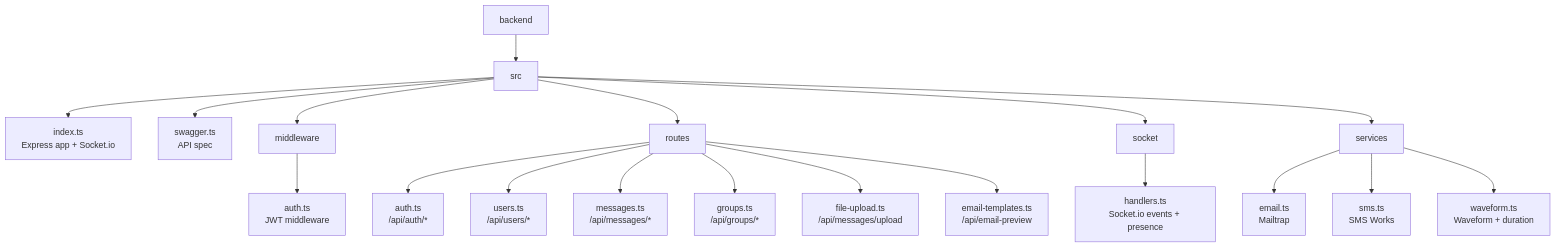
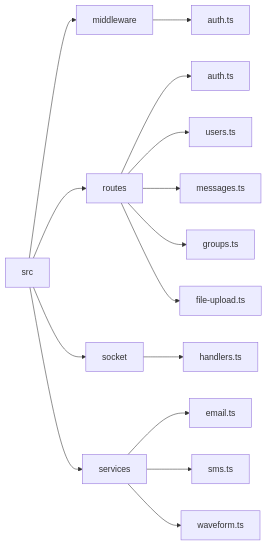
The first of 2 diagrams in Documentation/Backend/index.md (neofuture/chatr), drawn with Mermaid before and after one commit. The commit also changed other lines of this file and 26 other files, not shown here.

````diff
--- a/Documentation/Backend/index.md
+++ b/Documentation/Backend/index.md
@@ -11,26 +11,21 @@
 ```mermaid
-graph TD
-    backend --> src
-
-    src --> index["index.ts<br/>Express app + Socket.io"]
-    src --> swagger["swagger.ts<br/>API spec"]
+graph LR
     src --> middleware
     src --> routes
     src --> socket
     src --> services
 
-    middleware --> mauth["auth.ts<br/>JWT middleware"]
+    middleware --> mauth[auth.ts]
 
-    routes --> rauth["auth.ts<br/>/api/auth/*"]
-    routes --> rusers["users.ts<br/>/api/users/*"]
-    routes --> rmessages["messages.ts<br/>/api/messages/*"]
-    routes --> rgroups["groups.ts<br/>/api/groups/*"]
-    routes --> rupload["file-upload.ts<br/>/api/messages/upload"]
-    routes --> remail["email-templates.ts<br/>/api/email-preview"]
+    routes --> rauth[auth.ts]
+    routes --> rusers[users.ts]
+    routes --> rmessages[messages.ts]
+    routes --> rgroups[groups.ts]
+    routes --> rupload[file-upload.ts]
 
-    socket --> handlers["handlers.ts<br/>Socket.io events + presence"]
+    socket --> handlers[handlers.ts]
 
-    services --> semail["email.ts<br/>Mailtrap"]
-    services --> ssms["sms.ts<br/>SMS Works"]
-    services --> swaveform["waveform.ts<br/>Waveform + duration"]
+    services --> semail[email.ts]
+    services --> ssms[sms.ts]
+    services --> swaveform[waveform.ts]
 ```
````
